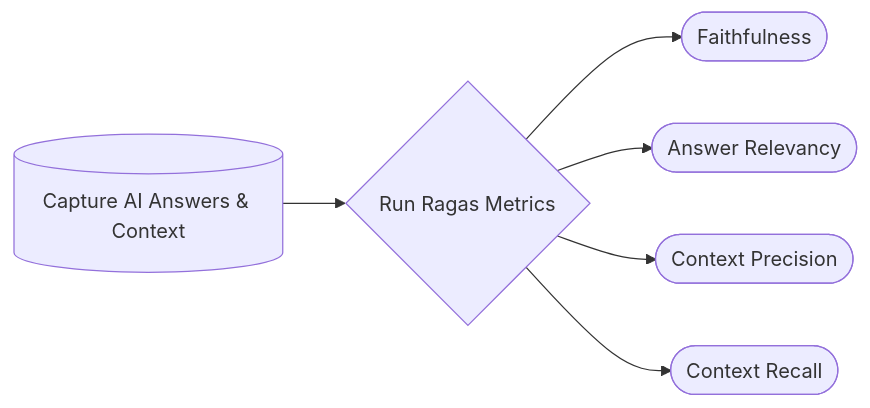
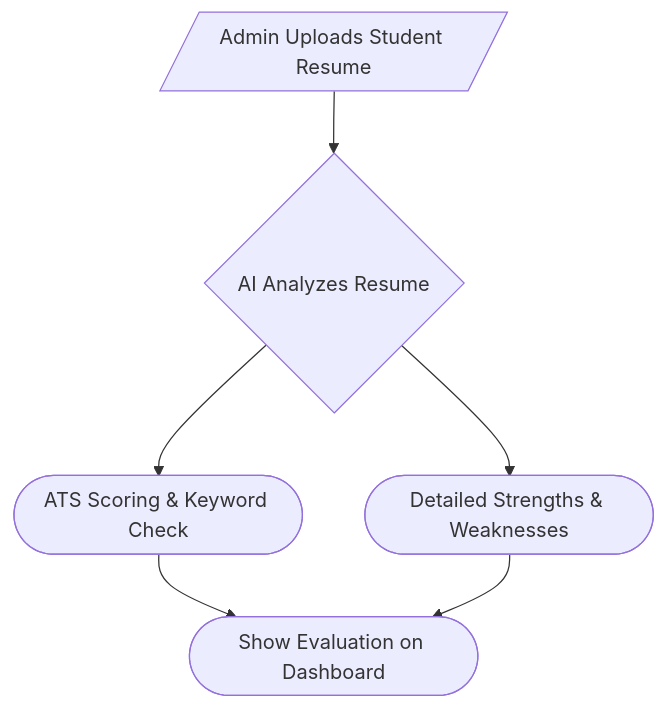
The fourth of 6 diagrams in README.md (Mounikaishu/RAG_play_ground), drawn with Mermaid before and after one commit. The commit also changed other lines of this file, not shown here.

````diff
--- a/README.md
+++ b/README.md
@@ -99,8 +73,8 @@
 ```mermaid
-flowchart LR
-    Log[(Capture AI Answers & Context)] --> Eval{Run Ragas Metrics}
-    Eval --> Metric1([Faithfulness])
-    Eval --> Metric2([Answer Relevancy])
-    Eval --> Metric3([Context Precision])
-    Eval --> Metric4([Context Recall])
+flowchart TD
+    Upload[/Admin Uploads Student Resume/] --> Analyze{AI Analyzes Resume}
+    Analyze --> ATS([ATS Scoring & Keyword Check])
+    Analyze --> Feedback([Detailed Strengths & Weaknesses])
+    ATS --> Display([Show Evaluation on Dashboard])
+    Feedback --> Display
 ```
````
